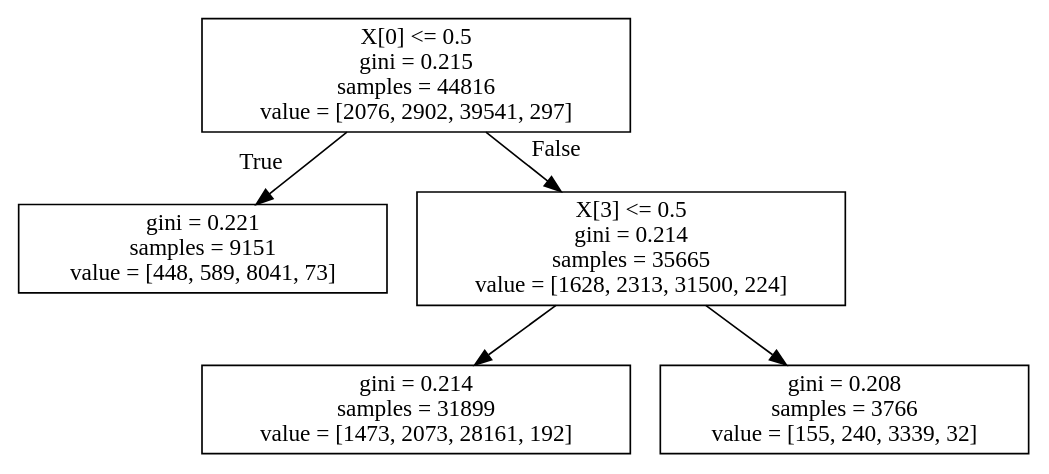
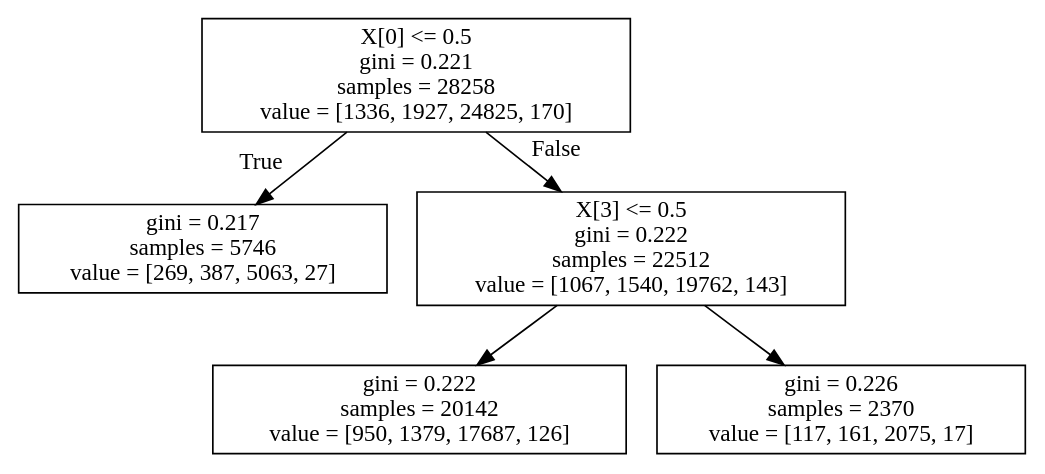
Before and after one commit to jesbu1/viper: the diagram in data/vizdoom/ppo/0000r4+vizdoo_config_file=vi_en_as_sc_de_th_li.cfg+max_depth=6+n_batch_rollou=10+max_samples=100000+max_iters=80+train_frac=0.8+is_reweight=False/dt_policy.dot, drawn with Graphviz. The commit also changed 455 other files, not shown here.

```diff
--- a/data/vizdoom/ppo/0000r4+vizdoo_config_file=vi_en_as_sc_de_th_li.cfg+max_depth=6+n_batch_rollou=10+max_samples=100000+max_iters=80+train_frac=0.8+is_reweight=False/dt_policy.dot
+++ b/data/vizdoom/ppo/0000r4+vizdoo_config_file=vi_en_as_sc_de_th_li.cfg+max_depth=6+n_batch_rollou=10+max_samples=100000+max_iters=80+train_frac=0.8+is_reweight=False/dt_policy.dot
@@ -1,12 +1,12 @@
 digraph Tree {
 node [shape=box] ;
-0 [label="X[0] <= 0.5\ngini = 0.215\nsamples = 44816\nvalue = [2076, 2902, 39541, 297]"] ;
-1 [label="gini = 0.221\nsamples = 9151\nvalue = [448, 589, 8041, 73]"] ;
+0 [label="X[0] <= 0.5\ngini = 0.221\nsamples = 28258\nvalue = [1336, 1927, 24825, 170]"] ;
+1 [label="gini = 0.217\nsamples = 5746\nvalue = [269, 387, 5063, 27]"] ;
 0 -> 1 [labeldistance=2.5, labelangle=45, headlabel="True"] ;
-2 [label="X[3] <= 0.5\ngini = 0.214\nsamples = 35665\nvalue = [1628, 2313, 31500, 224]"] ;
+2 [label="X[3] <= 0.5\ngini = 0.222\nsamples = 22512\nvalue = [1067, 1540, 19762, 143]"] ;
 0 -> 2 [labeldistance=2.5, labelangle=-45, headlabel="False"] ;
-3 [label="gini = 0.214\nsamples = 31899\nvalue = [1473, 2073, 28161, 192]"] ;
+3 [label="gini = 0.222\nsamples = 20142\nvalue = [950, 1379, 17687, 126]"] ;
 2 -> 3 ;
-4 [label="gini = 0.208\nsamples = 3766\nvalue = [155, 240, 3339, 32]"] ;
+4 [label="gini = 0.226\nsamples = 2370\nvalue = [117, 161, 2075, 17]"] ;
 2 -> 4 ;
 }
```
